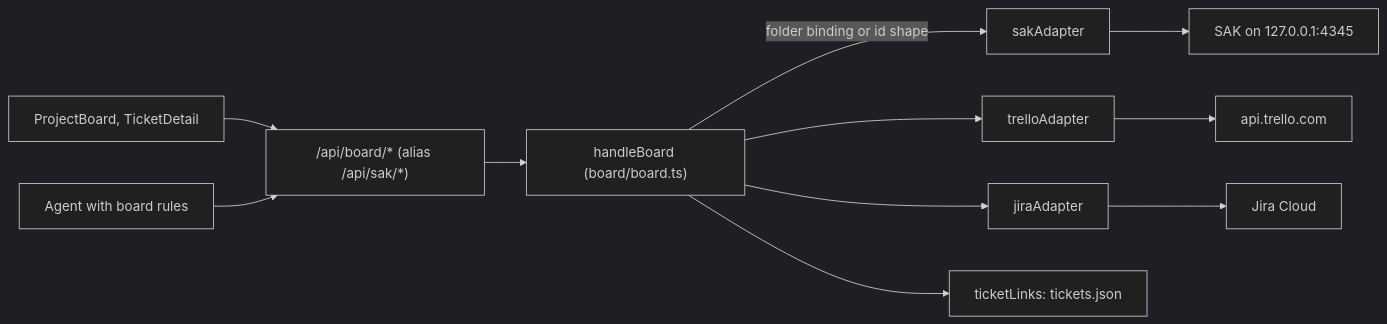
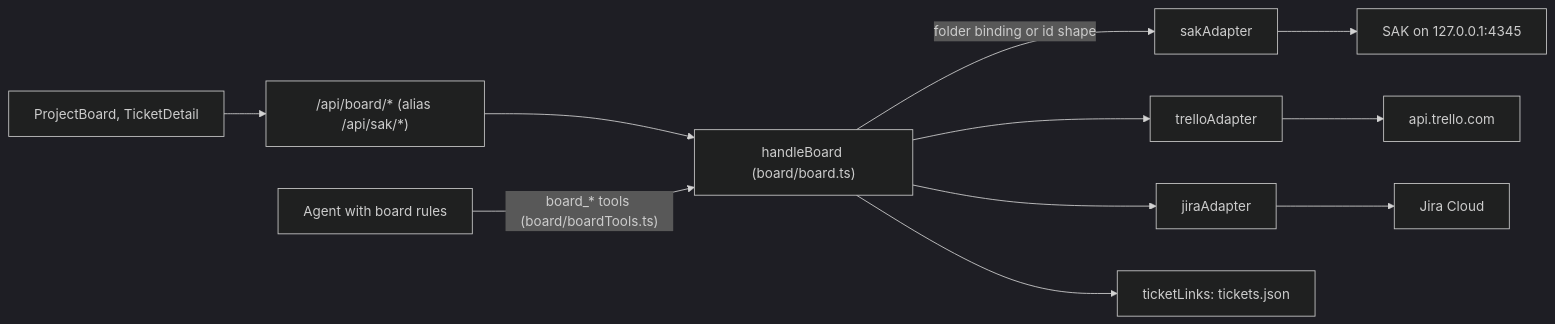
One commit to ThimoEder/x-bench changed the tenth of 16 diagrams in architecture.md. Above: the diagram before and after it, drawn with Mermaid (dark theme). The commit also changed other lines of this file and 56 other files, not shown here.

````diff
--- a/architecture.md
+++ b/architecture.md
@@ -429,10 +435,10 @@
 ```mermaid
 flowchart LR
   Page["ProjectBoard, TicketDetail"] --> R["/api/board/* (alias /api/sak/*)"]
-  Agent["Agent with board rules"] --> R
   R --> Sak["handleBoard (board/board.ts)"]
+  Agent["Agent with board rules"] -->|"board_* tools (board/boardTools.ts)"| Sak
   Sak -->|"folder binding or id shape"| SA["sakAdapter"] --> SAK["SAK on 127.0.0.1:4345"]
   Sak --> TA["trelloAdapter"] --> Trello["api.trello.com"]
   Sak --> JA["jiraAdapter"] --> Jira["Jira Cloud"]
   Sak --> Links["ticketLinks: tickets.json"]
 ```
````
